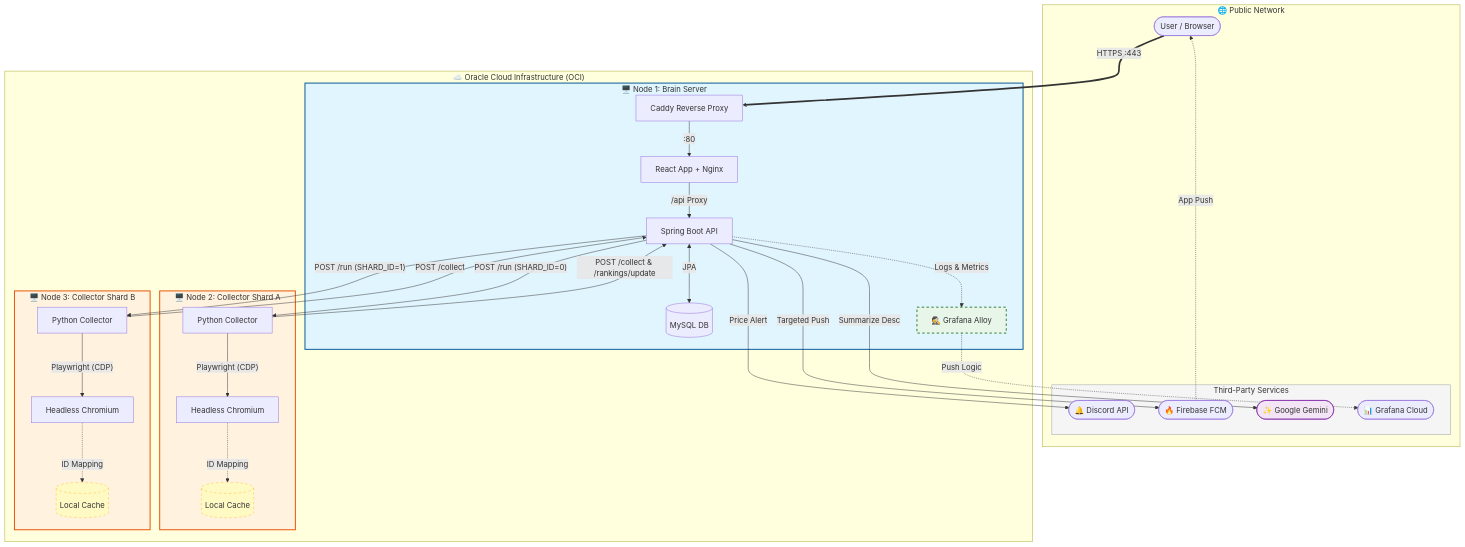
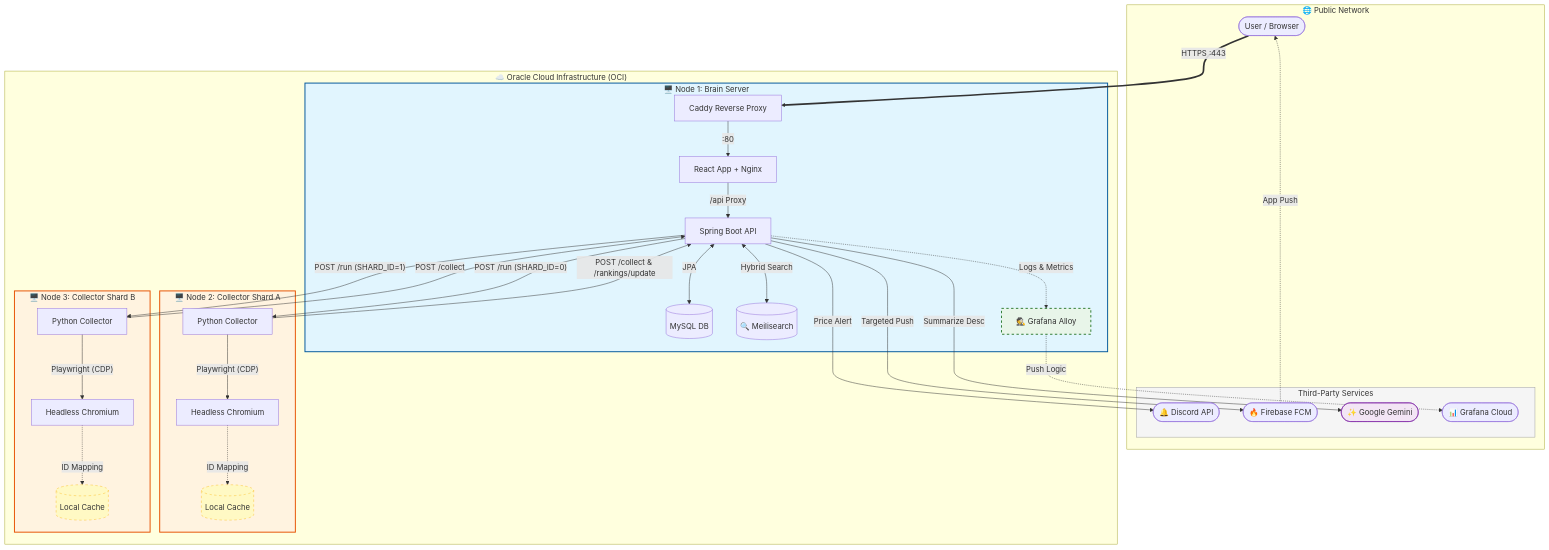
One commit to ygpark11/backend-lab changed the diagram in msa/apps/README.md. Above: the diagram before and after it, drawn with Mermaid. The commit also changed other lines of this file and 6 other files, not shown here.

````diff
--- a/msa/apps/README.md
+++ b/msa/apps/README.md
@@ -42,79 +44,81 @@
 ```mermaid
 graph TD
     %% --- [External Network] ---
     subgraph Public_Network ["🌐 Public Network"]
         User([User / Browser])
         
         subgraph External_Services ["Third-Party Services"]
             Discord([🔔 Discord API])
             FCM([🔥 Firebase FCM])
             Gemini([✨ Google Gemini])
             Grafana([📊 Grafana Cloud])
         end
     end
 
     %% --- [Oracle Cloud Infrastructure] ---
     subgraph Oracle_Cloud ["☁️ Oracle Cloud Infrastructure (OCI)"]
         
         %% Node 1: Brain (Main Server)
         subgraph Node_1 ["🖥️ Node 1: Brain Server"]
             Caddy[Caddy Reverse Proxy]
             Front[React App + Nginx]
             SB[Spring Boot API]
             MySQL[(MySQL DB)]
+            Meili[(🔍 Meilisearch)]
             Alloy[🕵️ Grafana Alloy]
         end
 
         %% Node 2: Collector Shard A (SHARD_ID=0)
         subgraph Node_2 ["🖥️ Node 2: Collector Shard A"]
             Py[Python Collector]
             Browser[Headless Chromium]
             Cache[(Local Cache)]
         end
 
         %% Node 3: Collector Shard B (SHARD_ID=1)
         subgraph Node_3 ["🖥️ Node 3: Collector Shard B"]
             Py3[Python Collector]
             Browser3[Headless Chromium]
             Cache3[(Local Cache)]
         end
 
         %% --- [Connections: Inbound] ---
         User ==>|HTTPS :443| Caddy
         Caddy -->|:80| Front
         Front -->|/api Proxy| SB
         
         %% --- [Connections: Internal Logic] ---
         SB <-->|JPA| MySQL
+        SB <-->|Hybrid Search| Meili
         
         %% Private Network Communication (Brain -> Collector Shards)
         SB --"POST /run (SHARD_ID=0)"--> Py
         SB --"POST /run (SHARD_ID=1)"--> Py3
         Py --"Playwright (CDP)"--> Browser
         Py3 --"Playwright (CDP)"--> Browser3
         Browser -.->|ID Mapping| Cache
         Browser3 -.->|ID Mapping| Cache3
         Py --"POST /collect & /rankings/update"--> SB
         Py3 --"POST /collect"--> SB
 
         %% --- [Connections: Outbound / Observability] ---
         SB -.->|Logs & Metrics| Alloy
         Alloy -.->|Push Logic| Grafana
         
         %% --- [Connections: External APIs] ---
         SB --"Price Alert"--> Discord
         SB --"Targeted Push"--> FCM
         SB --"Summarize Desc"--> Gemini
         FCM -.->|App Push| User
     end
 
     %% --- [Styling] ---
     style Node_1 fill:#e1f5fe,stroke:#01579b,stroke-width:2px
     style Node_2 fill:#fff3e0,stroke:#e65100,stroke-width:2px
     style Node_3 fill:#fff3e0,stroke:#e65100,stroke-width:2px
     style Cache fill:#fff9c4,stroke:#fbc02d,stroke-width:1px,stroke-dasharray: 5 5
     style Cache3 fill:#fff9c4,stroke:#fbc02d,stroke-width:1px,stroke-dasharray: 5 5
     style Alloy fill:#e8f5e9,stroke:#2e7d32,stroke-width:2px,stroke-dasharray: 5 5
     style External_Services fill:#f5f5f5,stroke:#9e9e9e,stroke-width:1px
     style Gemini fill:#f3e5f5,stroke:#7b1fa2,stroke-width:1px
 ```
````
